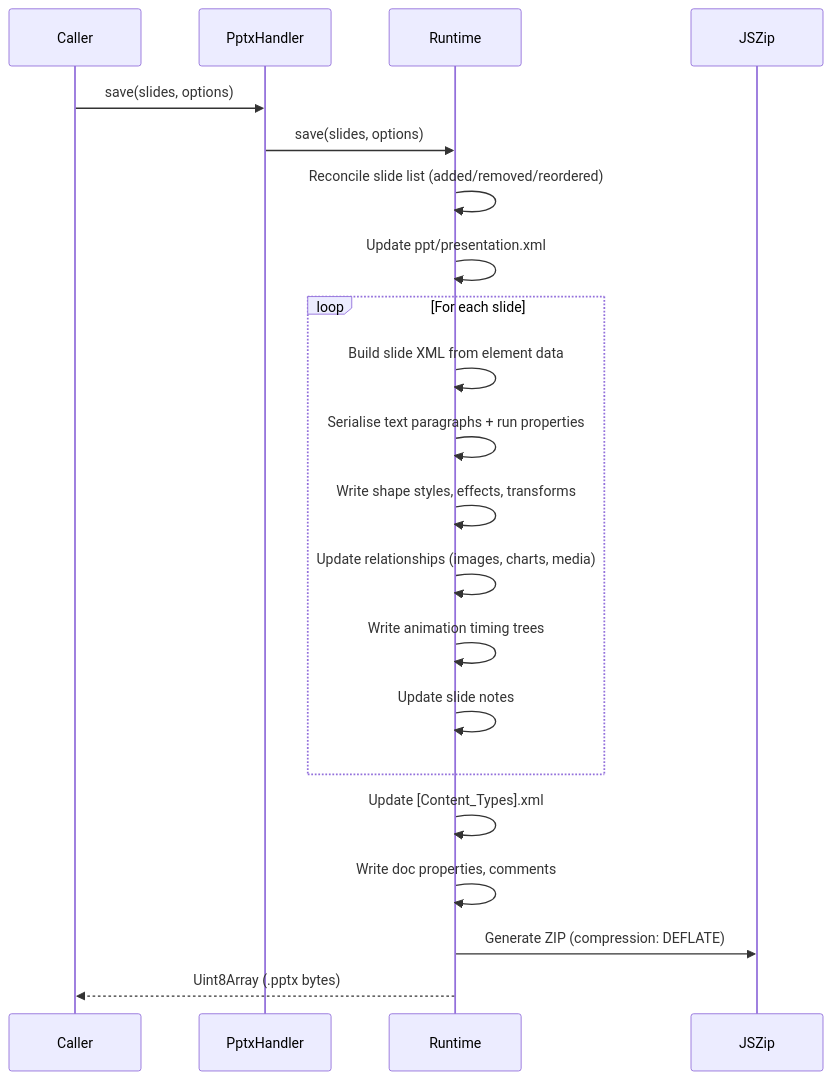
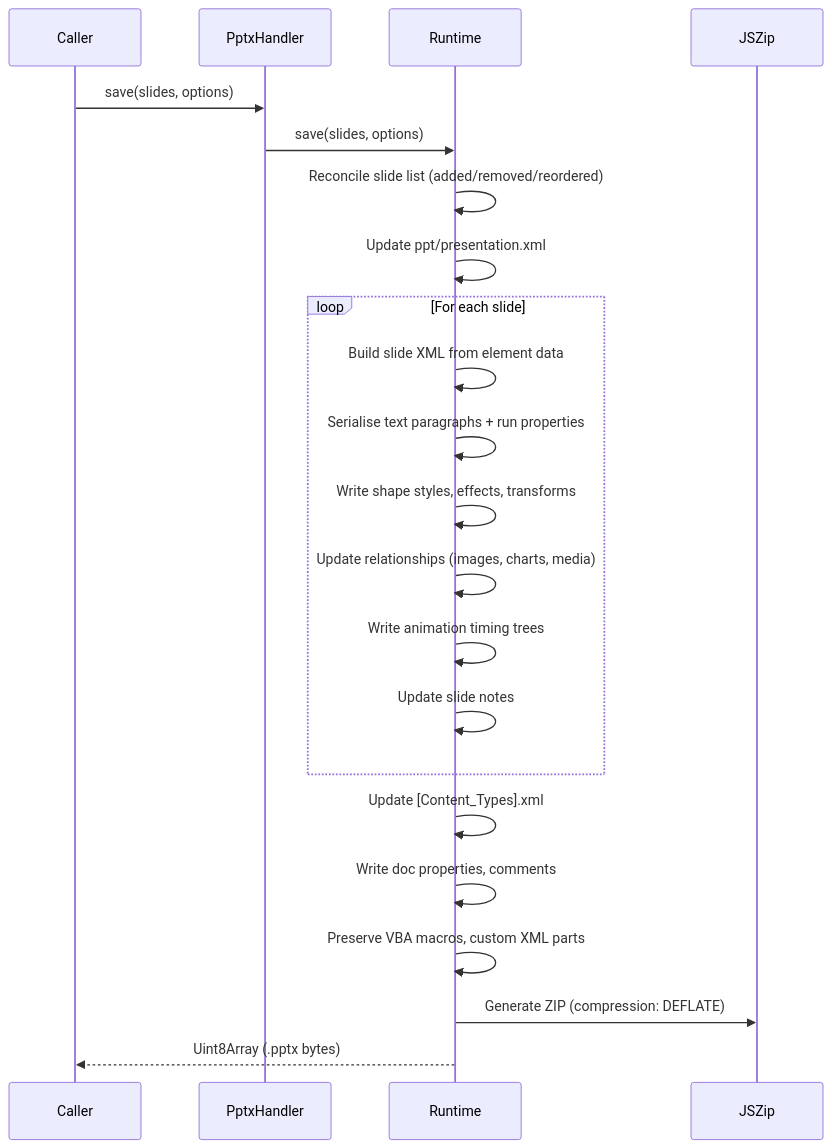
One commit to ChristopherVR/pptx-viewer changed the fourth of 9 diagrams in packages/core/README.md. Above: the diagram before and after it, drawn with Mermaid. The commit also changed other lines of this file and 21 other files, not shown here.

````diff
--- a/packages/core/README.md
+++ b/packages/core/README.md
@@ -311,27 +314,28 @@
 ```mermaid
 sequenceDiagram
     participant C as Caller
     participant H as PptxHandler
     participant R as Runtime
     participant Z as JSZip
 
     C->>H: save(slides, options)
     H->>R: save(slides, options)
 
     R->>R: Reconcile slide list (added/removed/reordered)
     R->>R: Update ppt/presentation.xml
 
     loop For each slide
         R->>R: Build slide XML from element data
         R->>R: Serialise text paragraphs + run properties
         R->>R: Write shape styles, effects, transforms
         R->>R: Update relationships (images, charts, media)
         R->>R: Write animation timing trees
         R->>R: Update slide notes
     end
 
     R->>R: Update [Content_Types].xml
     R->>R: Write doc properties, comments
+    R->>R: Preserve VBA macros, custom XML parts
     R->>Z: Generate ZIP (compression: DEFLATE)
     R-->>C: Uint8Array (.pptx bytes)
 ```
````
